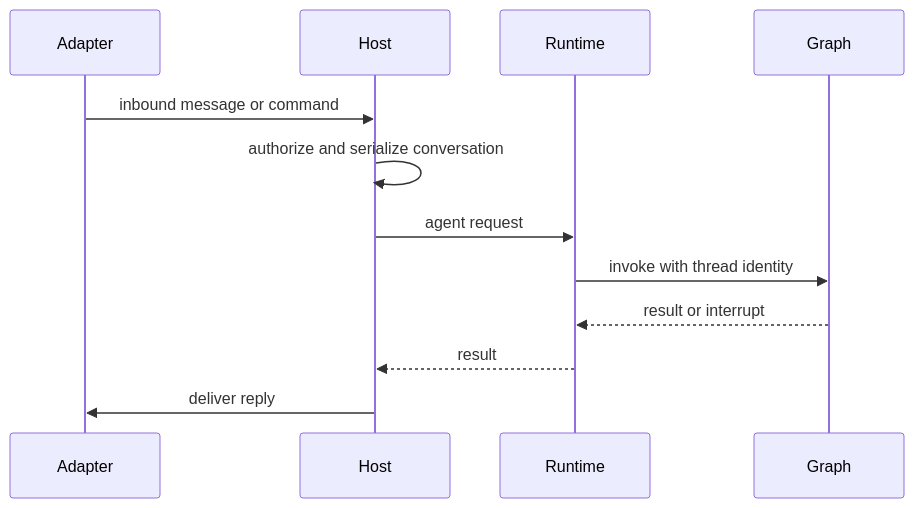
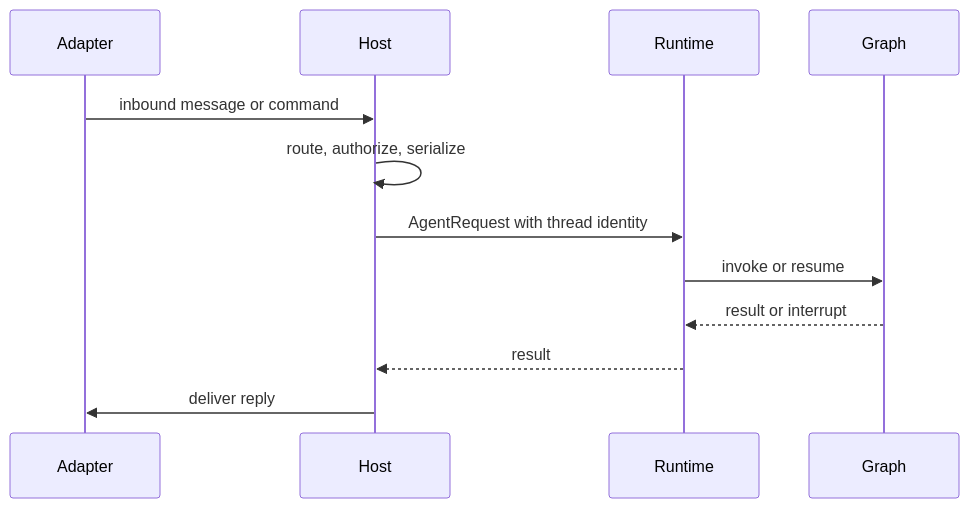
One commit to langchain-ai/deepagents changed the first of 2 diagrams in openwiki/integrations/talon.md. Above: the diagram before and after it, drawn with Mermaid. The commit also changed other lines of this file and 39 other files, not shown here.

````diff
--- a/openwiki/integrations/talon.md
+++ b/openwiki/integrations/talon.md
@@ -62,14 +62,14 @@
 ```mermaid
 sequenceDiagram
     participant Adapter
     participant Host
     participant Runtime
     participant Graph
     Adapter->>Host: inbound message or command
-    Host->>Host: authorize and serialize conversation
-    Host->>Runtime: agent request
-    Runtime->>Graph: invoke with thread identity
+    Host->>Host: route, authorize, serialize
+    Host->>Runtime: AgentRequest with thread identity
+    Runtime->>Graph: invoke or resume
     Graph-->>Runtime: result or interrupt
     Runtime-->>Host: result
     Host->>Adapter: deliver reply
 ```
````
